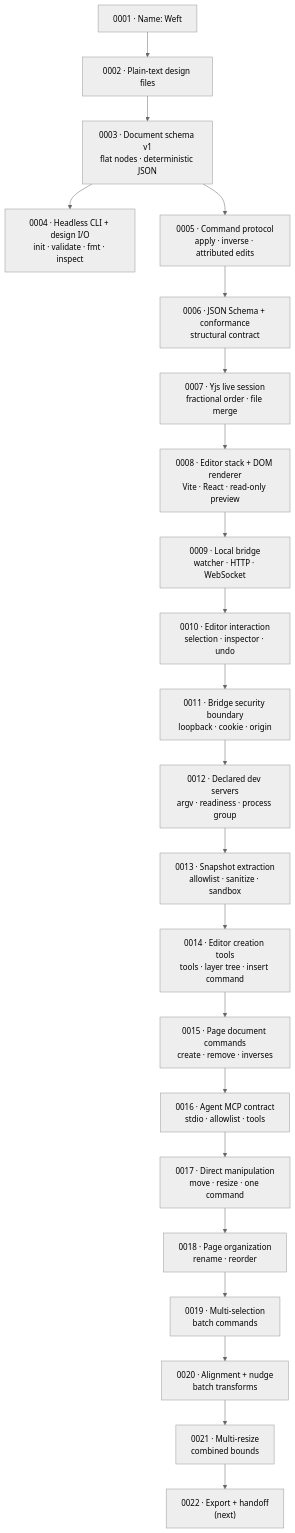
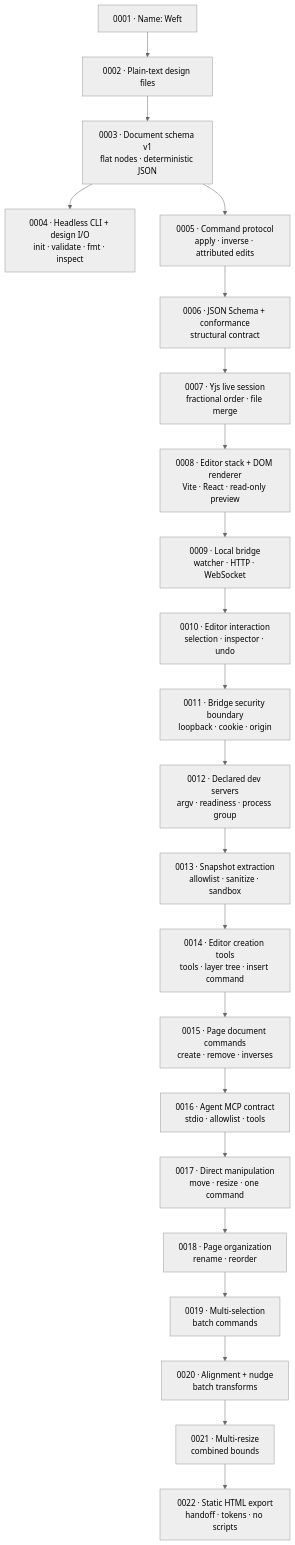
The diagram in docs/decisions/README.md (Pranesh-Selvaraj/Weft), drawn with Mermaid (neutral theme) before and after one commit. The commit also changed other lines of this file and 22 other files, not shown here.

Commit message:
feat(export): add static HTML handoff (#23)

````diff
--- a/docs/decisions/README.md
+++ b/docs/decisions/README.md
@@ -44,24 +45,24 @@
 ```mermaid
 graph TD
     A["0001 · Name: Weft"] --> B["0002 · Plain-text design files"]
     B --> C["0003 · Document schema v1<br/>flat nodes · deterministic JSON"]
     C --> D["0004 · Headless CLI + design I/O<br/>init · validate · fmt · inspect"]
     C --> E["0005 · Command protocol<br/>apply · inverse · attributed edits"]
     E --> F["0006 · JSON Schema + conformance<br/>structural contract"]
     F --> G["0007 · Yjs live session<br/>fractional order · file merge"]
     G --> H["0008 · Editor stack + DOM renderer<br/>Vite · React · read-only preview"]
     H --> I["0009 · Local bridge<br/>watcher · HTTP · WebSocket"]
     I --> J["0010 · Editor interaction<br/>selection · inspector · undo"]
     J --> K["0011 · Bridge security boundary<br/>loopback · cookie · origin"]
     K --> L["0012 · Declared dev servers<br/>argv · readiness · process group"]
     L --> M["0013 · Snapshot extraction<br/>allowlist · sanitize · sandbox"]
     M --> N["0014 · Editor creation tools<br/>tools · layer tree · insert command"]
     N --> O["0015 · Page document commands<br/>create · remove · inverses"]
     O --> P["0016 · Agent MCP contract<br/>stdio · allowlist · tools"]
     P --> Q["0017 · Direct manipulation<br/>move · resize · one command"]
     Q --> R["0018 · Page organization<br/>rename · reorder"]
     R --> S["0019 · Multi-selection<br/>batch commands"]
     S --> T["0020 · Alignment + nudge<br/>batch transforms"]
     T --> U["0021 · Multi-resize<br/>combined bounds"]
-    U --> V["0022 · Export + handoff<br/>(next)"]
+    U --> V["0022 · Static HTML export<br/>handoff · tokens · no scripts"]
 ```
````
